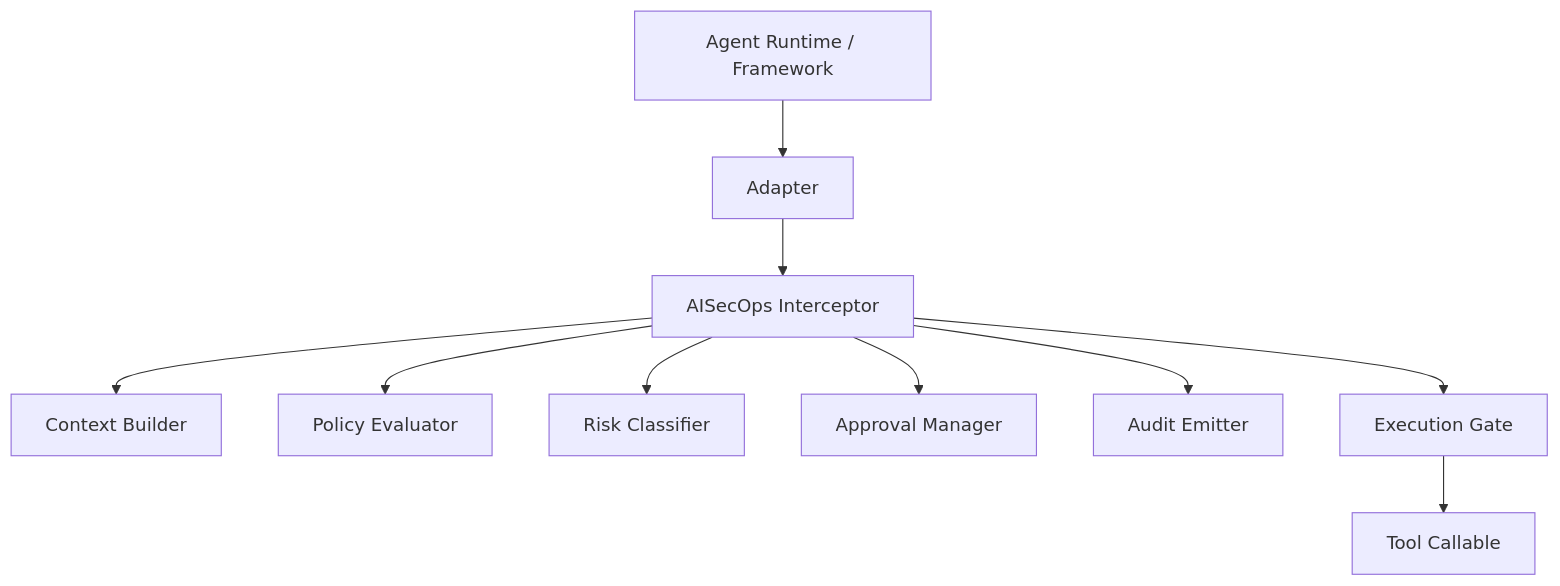
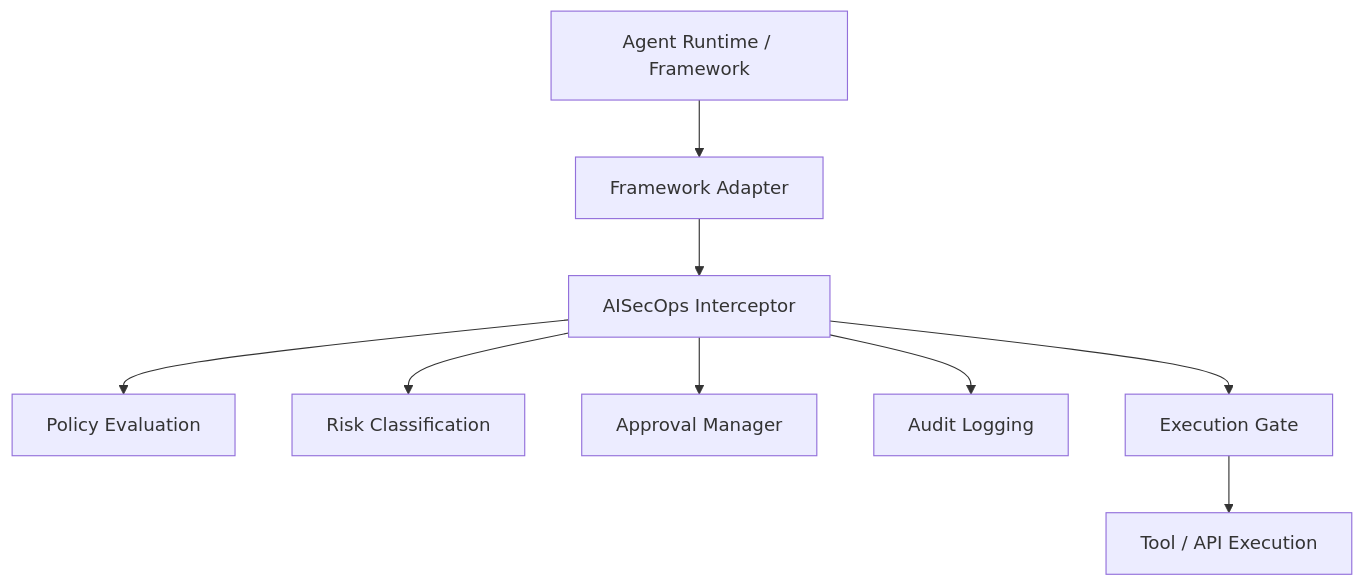
Before and after one commit to viplavfauzdar/aisecops-interceptor: the first of 5 diagrams in README.md, drawn with Mermaid. The commit also changed other lines of this file and 25 other files, not shown here.

````diff
--- a/README.md
+++ b/README.md
@@ -29,12 +69,18 @@
 ```mermaid
 flowchart TD
-    A[Agent Runtime / Framework] --> B[Adapter]
-    B --> C[AISecOps Interceptor]
-    C --> C1[Context Builder]
-    C --> C2[Policy Evaluator]
-    C --> C3[Risk Classifier]
-    C --> C4[Approval Manager]
-    C --> C5[Audit Emitter]
-    C --> D[Execution Gate]
-    D --> E[Tool Callable]
+
+A[Agent Runtime / Framework]
+
+A --> B[Framework Adapter]
+
+B --> C[AISecOps Interceptor]
+
+C --> D[Policy Evaluation]
+C --> E[Risk Classification]
+C --> F[Approval Manager]
+C --> G[Audit Logging]
+
+C --> H[Execution Gate]
+
+H --> I[Tool / API Execution]
 ```
````
